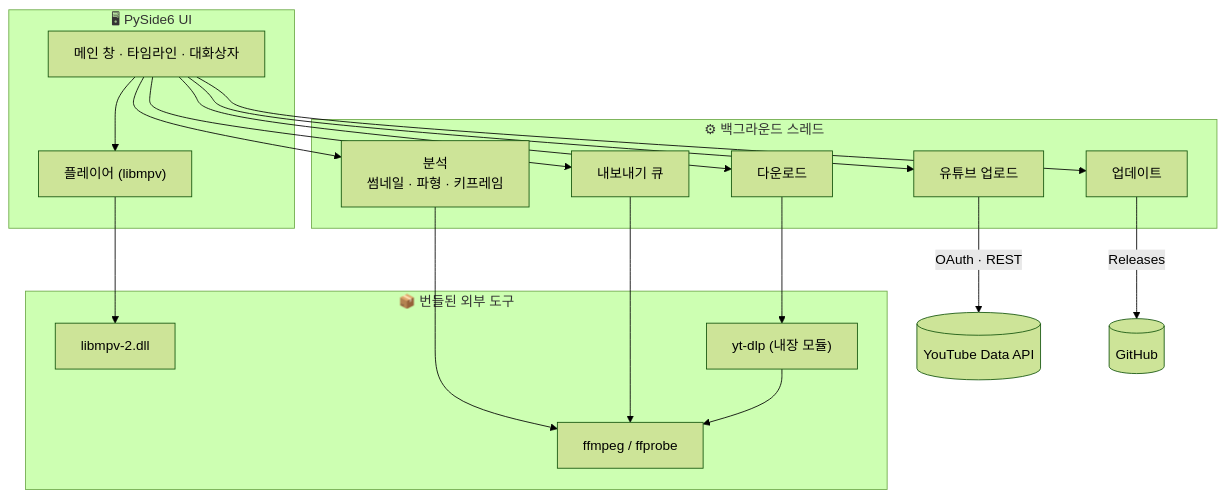
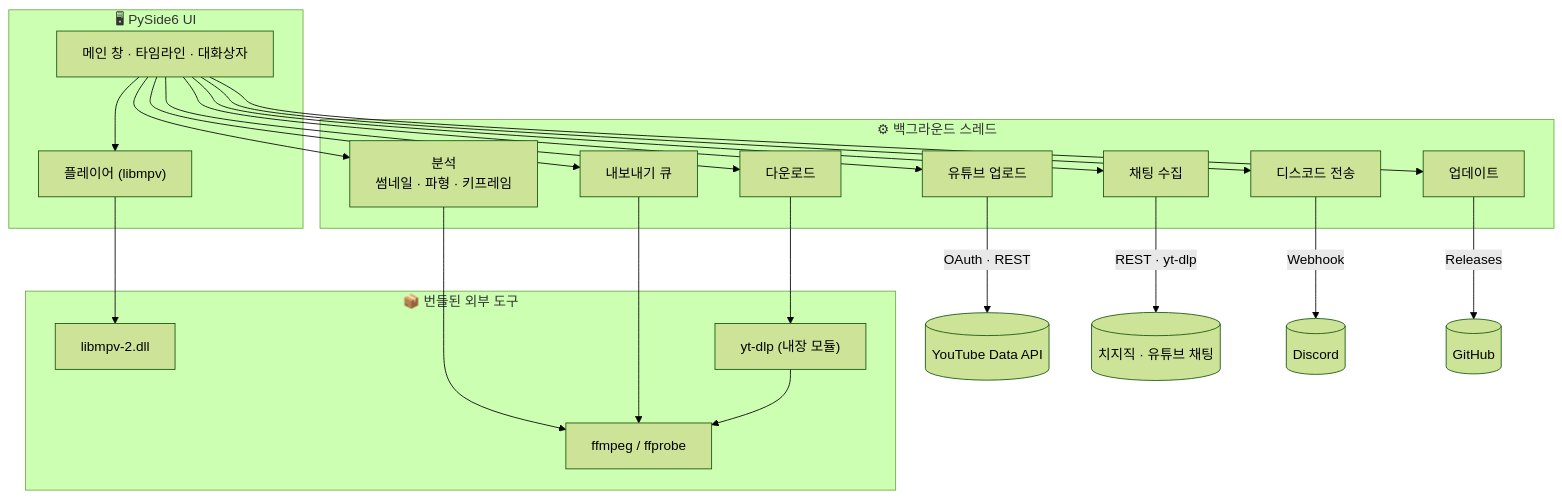
Before and after one commit to vtubeadmirer/clipslicer: the second of 2 diagrams in README.md, drawn with Mermaid (forest theme). The commit also changed other lines of this file and 36 other files, not shown here.

Commit message:
0.8.0: 방송인용 기능 — 방송 북마크 핫키, 큰 소리·채팅 반응·키워드 마커, 구간 메모·합치기 순서, 시작 화면·첫 실행 안내·샘플, 트레이 알림, 음량 정규화·캡션·자막·워터마크·인트로/아웃트로·흐림 배경 쇼츠, 유튜브 프리셋·예약 공개·업로드 이력, 디스코드 웹훅, 경량 업데이트 zip

````diff
--- a/README.md
+++ b/README.md
@@ -101,25 +119,29 @@
 ```mermaid
 flowchart TB
     subgraph UI["🖥 PySide6 UI"]
         MW["메인 창 · 타임라인 · 대화상자"]
         PL["플레이어 (libmpv)"]
     end
     subgraph BG["⚙ 백그라운드 스레드"]
         AN["분석<br/>썸네일 · 파형 · 키프레임"]
         EX["내보내기 큐"]
         DL["다운로드"]
         UP["유튜브 업로드"]
+        CH["채팅 수집"]
+        DC["디스코드 전송"]
         UD["업데이트"]
     end
     subgraph EXT["📦 번들된 외부 도구"]
         FF["ffmpeg / ffprobe"]
         MPV["libmpv-2.dll"]
         YD["yt-dlp (내장 모듈)"]
     end
-    MW --> AN & EX & DL & UP & UD
+    MW --> AN & EX & DL & UP & CH & DC & UD
     MW --> PL --> MPV
     AN & EX --> FF
     DL --> YD --> FF
     UP -->|OAuth · REST| YT[("YouTube Data API")]
+    CH -->|REST · yt-dlp| CZ[("치지직 · 유튜브 채팅")]
+    DC -->|Webhook| DS[("Discord")]
     UD -->|Releases| GH[("GitHub")]
 ```
````
